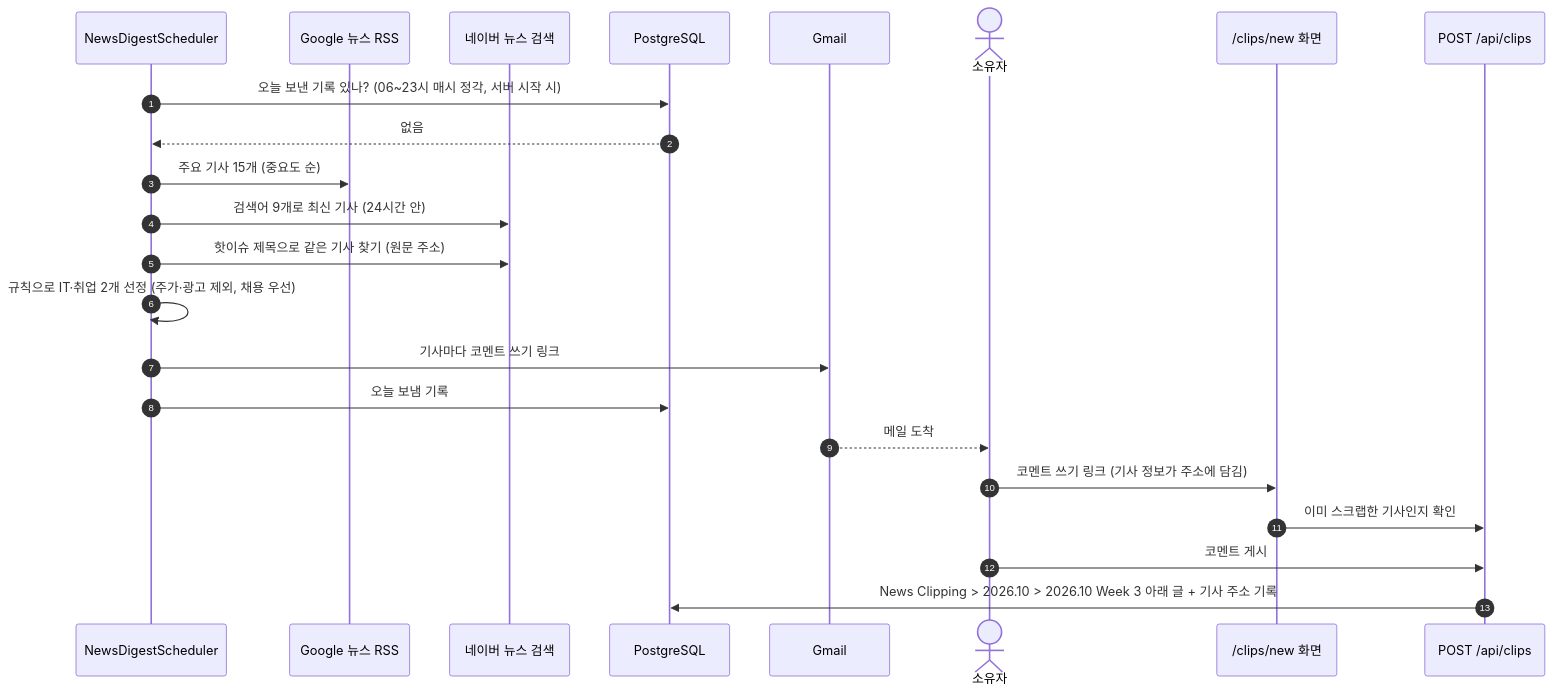
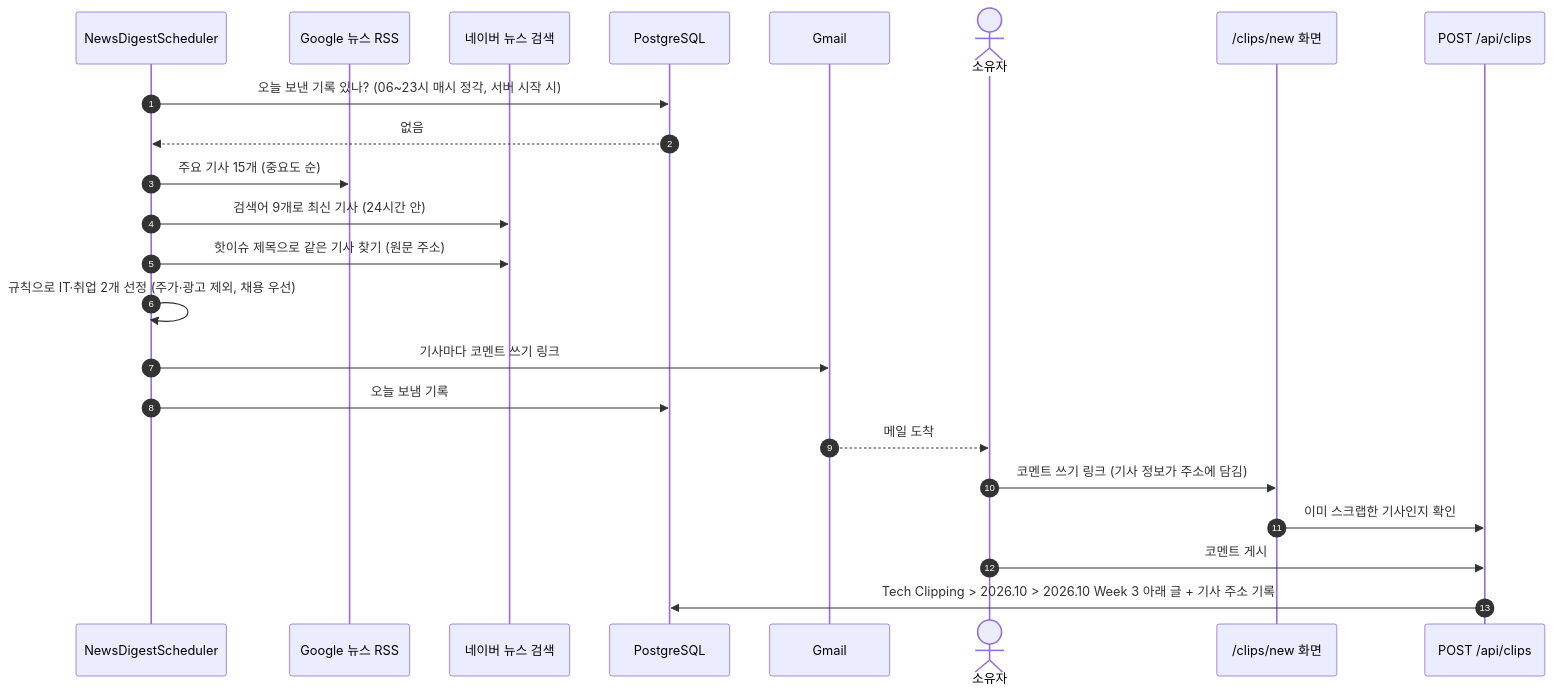
The third of 4 diagrams in README.md (kimzoo5676-del/Zoolog), drawn with Mermaid before and after one commit. The commit also changed other lines of this file and 8 other files, not shown here.

First line of the commit message:
feat: 스크랩 큰 주제 이름 News Clipping → Tech Clipping

````diff
--- a/README.md
+++ b/README.md
@@ -118,26 +118,26 @@
 ```mermaid
 sequenceDiagram
   autonumber
   participant SC as NewsDigestScheduler
   participant GN as Google 뉴스 RSS
   participant NV as 네이버 뉴스 검색
   participant DB as PostgreSQL
   participant GM as Gmail
   actor O as 소유자
   participant WEB as /clips/new 화면
   participant API as POST /api/clips
 
   SC->>DB: 오늘 보낸 기록 있나? (06~23시 매시 정각, 서버 시작 시)
   DB-->>SC: 없음
   SC->>GN: 주요 기사 15개 (중요도 순)
   SC->>NV: 검색어 9개로 최신 기사 (24시간 안)
   SC->>NV: 핫이슈 제목으로 같은 기사 찾기 (원문 주소)
   SC->>SC: 규칙으로 IT·취업 2개 선정 (주가·광고 제외, 채용 우선)
   SC->>GM: 기사마다 코멘트 쓰기 링크
   SC->>DB: 오늘 보냄 기록
   GM-->>O: 메일 도착
   O->>WEB: 코멘트 쓰기 링크 (기사 정보가 주소에 담김)
   WEB->>API: 이미 스크랩한 기사인지 확인
   O->>API: 코멘트 게시
-  API->>DB: News Clipping > 2026.10 > 2026.10 Week 3 아래 글 + 기사 주소 기록
+  API->>DB: Tech Clipping > 2026.10 > 2026.10 Week 3 아래 글 + 기사 주소 기록
 ```
````
